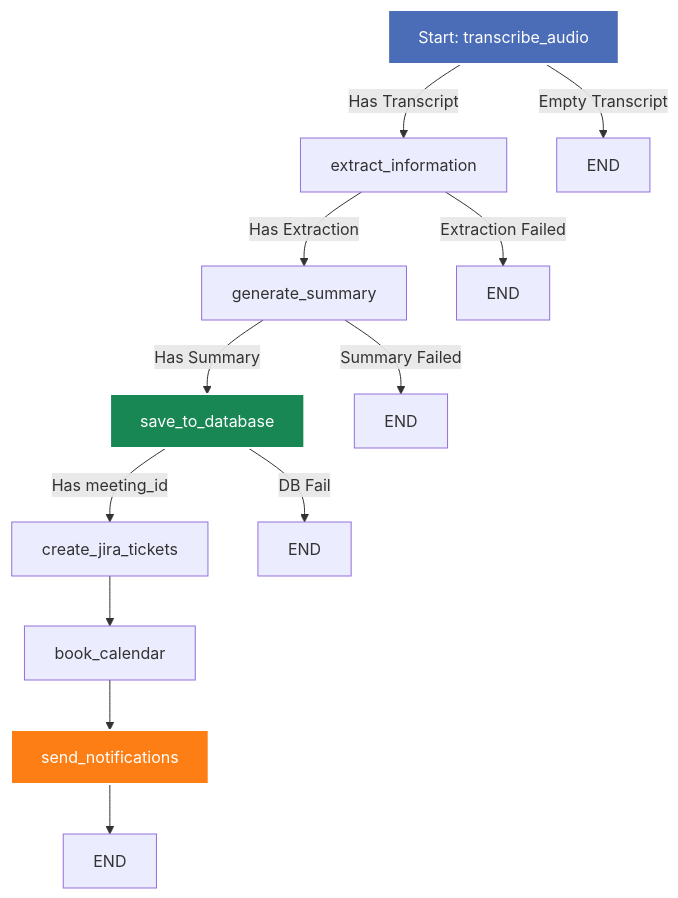
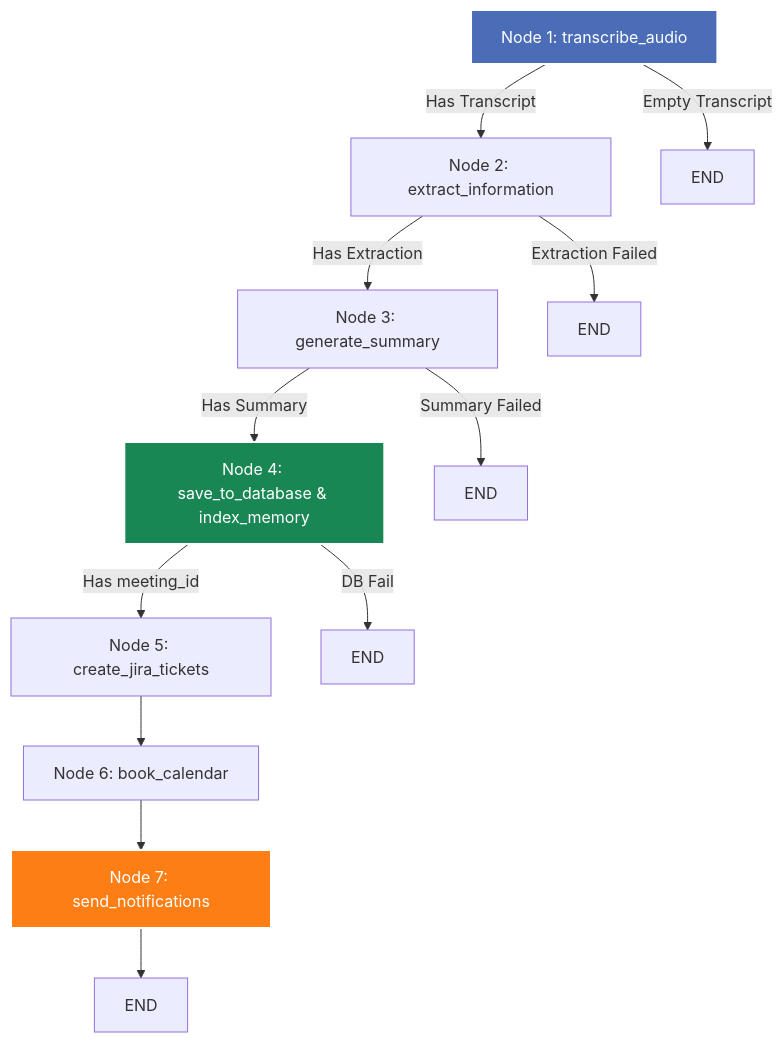
One commit to ultronop592/Meeting-Intelligence-Agent changed the diagram in Backend/README.md. Above: the diagram before and after it, drawn with Mermaid. The commit also changed other lines of this file and 2 other files, not shown here.

````diff
--- a/Backend/README.md
+++ b/Backend/README.md
@@ -39,18 +41,18 @@
 ```mermaid
 graph TD
-    A[Start: transcribe_audio] -->|Has Transcript| B[extract_information]
+    A[Node 1: transcribe_audio] -->|Has Transcript| B[Node 2: extract_information]
     A -->|Empty Transcript| End1[END]
-    B -->|Has Extraction| C[generate_summary]
+    B -->|Has Extraction| C[Node 3: generate_summary]
     B -->|Extraction Failed| End2[END]
-    C -->|Has Summary| D[save_to_database]
+    C -->|Has Summary| D[Node 4: save_to_database & index_memory]
     C -->|Summary Failed| End3[END]
-    D -->|Has meeting_id| E[create_jira_tickets]
+    D -->|Has meeting_id| E[Node 5: create_jira_tickets]
     D -->|DB Fail| End4[END]
-    E --> F[book_calendar]
-    F --> G[send_notifications]
+    E --> F[Node 6: book_calendar]
+    F --> G[Node 7: send_notifications]
     G --> H[END]
     
     style A fill:#4b6cb7,stroke:#fff,stroke-width:2px,color:#fff
     style D fill:#198754,stroke:#fff,stroke-width:2px,color:#fff
     style G fill:#fd7e14,stroke:#fff,stroke-width:2px,color:#fff
 ```
````
